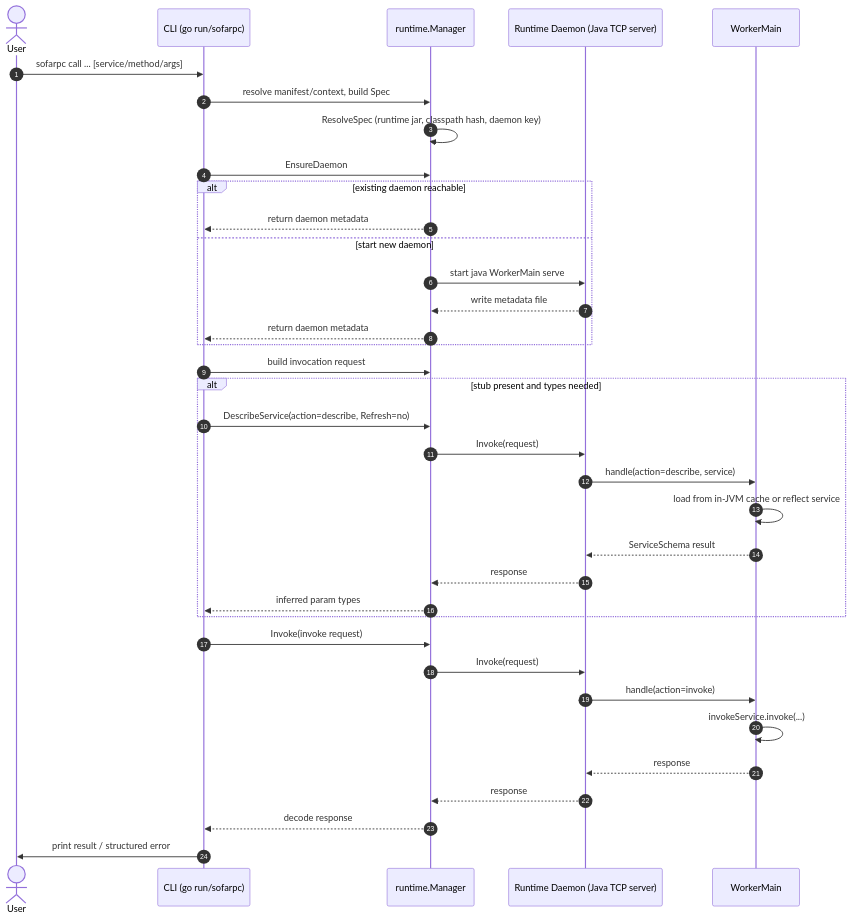
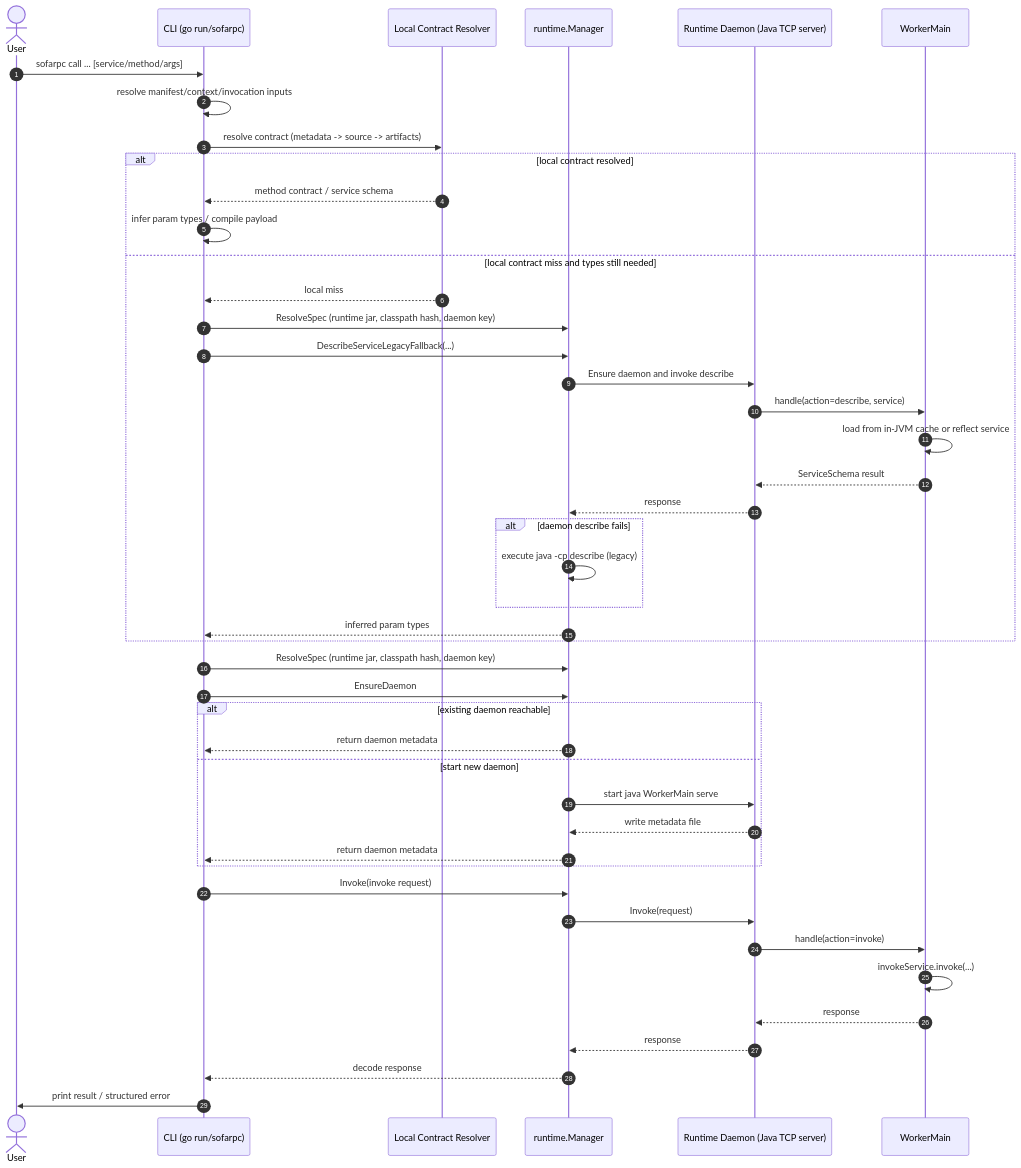
Before and after one commit to hex1n/sofarpc-cli: the first of 2 diagrams in docs/usage.md, drawn with Mermaid. The commit also changed other lines of this file and 46 other files, not shown here.

````diff
--- a/docs/usage.md
+++ b/docs/usage.md
@@ -265,40 +295,48 @@
 ```mermaid
 sequenceDiagram
     autonumber
     actor U as User
     participant C as CLI (go run/sofarpc)
+    participant M as Local Contract Resolver
     participant R as runtime.Manager
     participant D as Runtime Daemon (Java TCP server)
     participant W as WorkerMain
 
     U->>C: sofarpc call ... [service/method/args]
-    C->>R: resolve manifest/context, build Spec
-    R->>R: ResolveSpec (runtime jar, classpath hash, daemon key)
+    C->>C: resolve manifest/context/invocation inputs
+    C->>M: resolve contract (metadata -> source -> artifacts)
+    alt local contract resolved
+        M-->>C: method contract / service schema
+        C->>C: infer param types / compile payload
+    else local contract miss and types still needed
+        M-->>C: local miss
+        C->>R: ResolveSpec (runtime jar, classpath hash, daemon key)
+        C->>R: DescribeServiceLegacyFallback(...)
+        R->>D: Ensure daemon and invoke describe
+        D->>W: handle(action=describe, service)
+        W->>W: load from in-JVM cache or reflect service
+        W-->>D: ServiceSchema result
+        D-->>R: response
+        alt daemon describe fails
+            R->>R: execute java -cp describe (legacy)
+        end
+        R-->>C: inferred param types
+    end
+    C->>R: ResolveSpec (runtime jar, classpath hash, daemon key)
     C->>R: EnsureDaemon
     alt existing daemon reachable
         R-->>C: return daemon metadata
     else start new daemon
         R->>D: start java WorkerMain serve
         D-->>R: write metadata file
         R-->>C: return daemon metadata
-    end
-
-    C->>R: build invocation request
-    alt stub present and types needed
-        C->>R: DescribeService(action=describe, Refresh=no)
-        R->>D: Invoke(request)
-        D->>W: handle(action=describe, service)
-        W->>W: load from in-JVM cache or reflect service
-        W-->>D: ServiceSchema result
-        D-->>R: response
-        R-->>C: inferred param types
     end
     C->>R: Invoke(invoke request)
     R->>D: Invoke(request)
     D->>W: handle(action=invoke)
     W->>W: invokeService.invoke(...)
     W-->>D: response
     D-->>R: response
     R-->>C: decode response
     C->>U: print result / structured error
 ```
````
